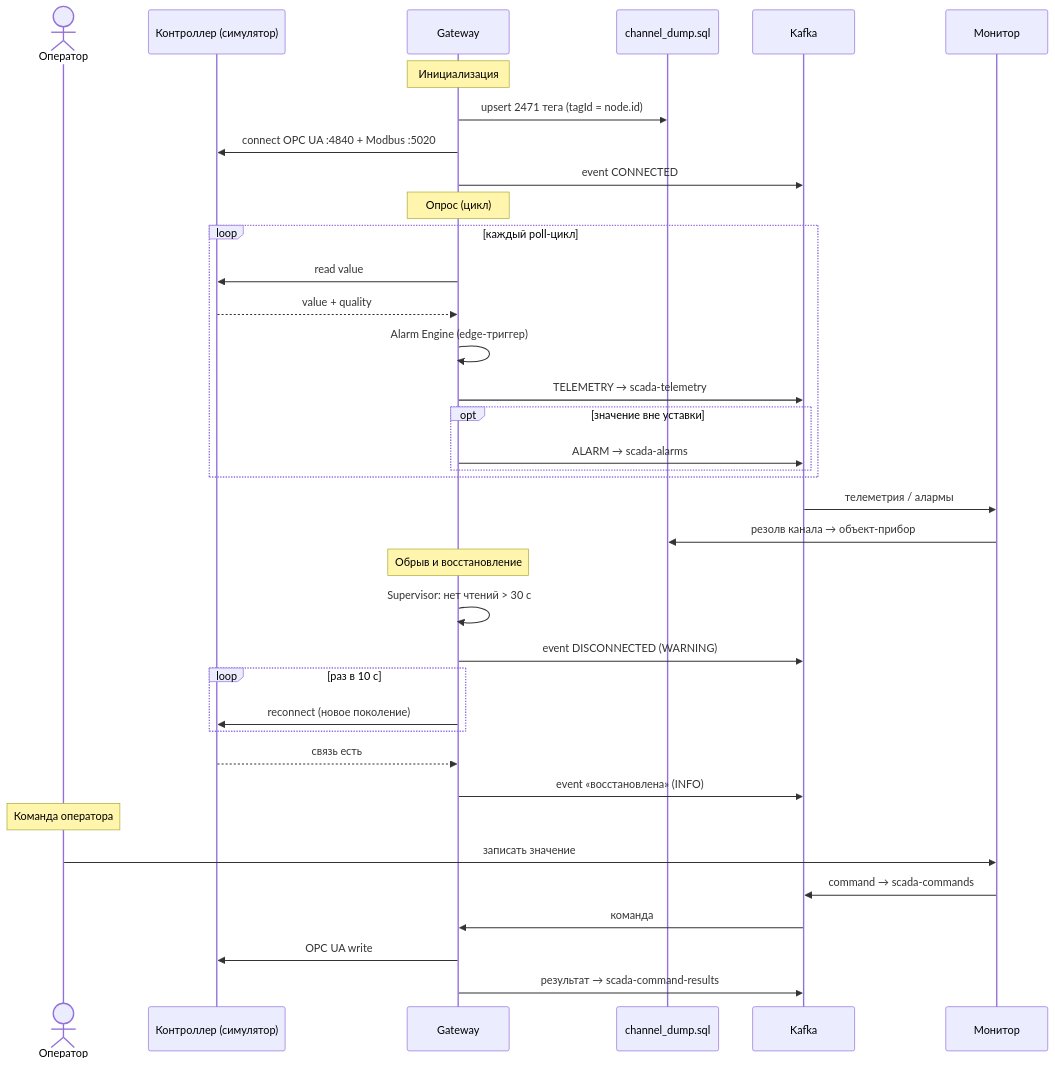
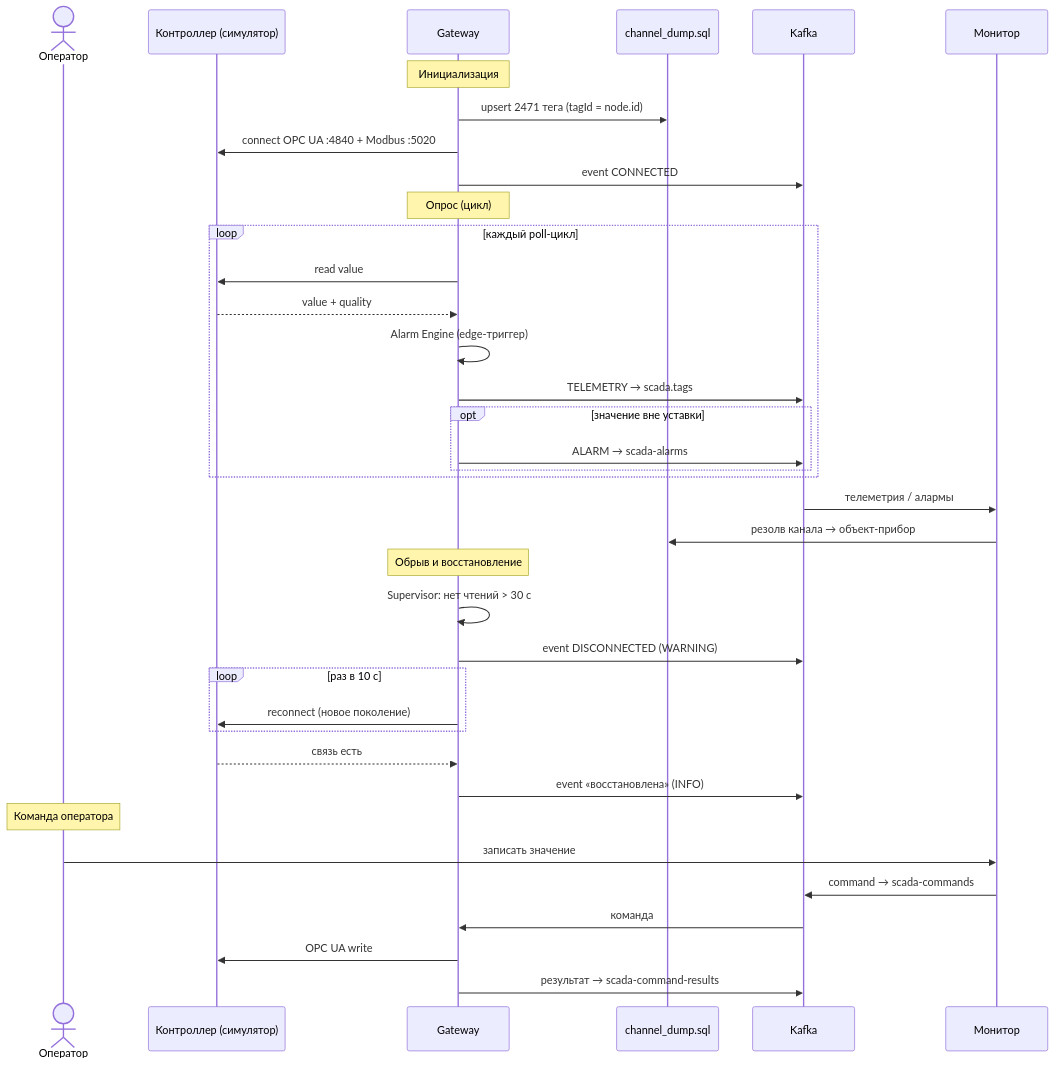
The fifth of 6 diagrams in docs/SPECIFICATION.md (EuZireael/scada-gateway), drawn with Mermaid before and after one commit. The commit also changed other lines of this file and 6 other files, not shown here.

First line of the commit message:
Документация: sync с кодом (топик scada.tags, Spring 3.5.16, Flyway)

````diff
--- a/docs/SPECIFICATION.md
+++ b/docs/SPECIFICATION.md
@@ -321,43 +321,43 @@
 ```mermaid
 sequenceDiagram
   actor OP as Оператор
   participant PLC as Контроллер (симулятор)
   participant GW as Gateway
   participant DB as channel_dump.sql
   participant K as Kafka
   participant MON as Монитор
 
   Note over GW: Инициализация
   GW->>DB: upsert 2471 тега (tagId = node.id)
   GW->>PLC: connect OPC UA :4840 + Modbus :5020
   GW->>K: event CONNECTED
 
   Note over GW: Опрос (цикл)
   loop каждый poll-цикл
     GW->>PLC: read value
     PLC-->>GW: value + quality
     GW->>GW: Alarm Engine (edge-триггер)
-    GW->>K: TELEMETRY → scada-telemetry
+    GW->>K: TELEMETRY → scada.tags
     opt значение вне уставки
       GW->>K: ALARM → scada-alarms
     end
   end
   K->>MON: телеметрия / алармы
   MON->>DB: резолв канала → объект-прибор
 
   Note over GW: Обрыв и восстановление
   GW->>GW: Supervisor: нет чтений > 30 c
   GW->>K: event DISCONNECTED (WARNING)
   loop раз в 10 c
     GW->>PLC: reconnect (новое поколение)
   end
   PLC-->>GW: связь есть
   GW->>K: event «восстановлена» (INFO)
 
   Note over OP: Команда оператора
   OP->>MON: записать значение
   MON->>K: command → scada-commands
   K->>GW: команда
   GW->>PLC: OPC UA write
   GW->>K: результат → scada-command-results
 ```
````
